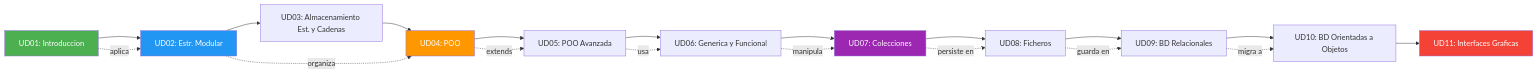
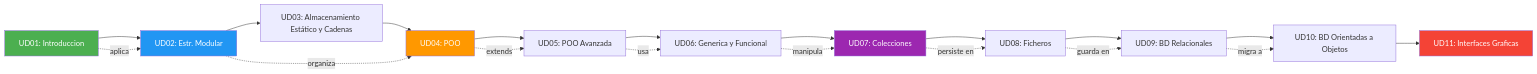
Before and after one commit to joseluisgs/Programacion-01-2026-2027: the second of 2 diagrams in 11-resumen.md, drawn with Mermaid.

Commit message:
fix: título UD03 → Almacenamiento Estático y Cadenas

````diff
--- a/11-resumen.md
+++ b/11-resumen.md
@@ -368,28 +368,28 @@
 ```mermaid
 graph LR
     UD01[UD01: Introduccion] --> UD02[UD02: Estr. Modular]
-    UD02 --> UD03[UD03: Almacenamiento Est. y Cadenas]
+    UD02 --> UD03[UD03: Almacenamiento Estático y Cadenas]
     UD03 --> UD04[UD04: POO]
     UD04 --> UD05[UD05: POO Avanzada]
     UD05 --> UD06[UD06: Generica y Funcional]
     UD06 --> UD07[UD07: Colecciones]
     UD07 --> UD08[UD08: Ficheros]
     UD08 --> UD09[UD09: BD Relacionales]
     UD09 --> UD10[UD10: BD Orientadas a Objetos]
     UD10 --> UD11[UD11: Interfaces Graficas]
 
     UD01 -.->|aplica| UD02
     UD02 -.->|organiza| UD04
     UD04 -.->|extends| UD05
     UD05 -.->|usa| UD06
     UD06 -.->|manipula| UD07
     UD07 -.->|persiste en| UD08
     UD08 -.->|guarda en| UD09
     UD09 -.->|migra a| UD10
 
     style UD01 fill:#4CAF50,color:#fff
     style UD02 fill:#2196F3,color:#fff
     style UD04 fill:#FF9800,color:#fff
     style UD07 fill:#9C27B0,color:#fff
     style UD11 fill:#f44336,color:#fff
 ```
````
